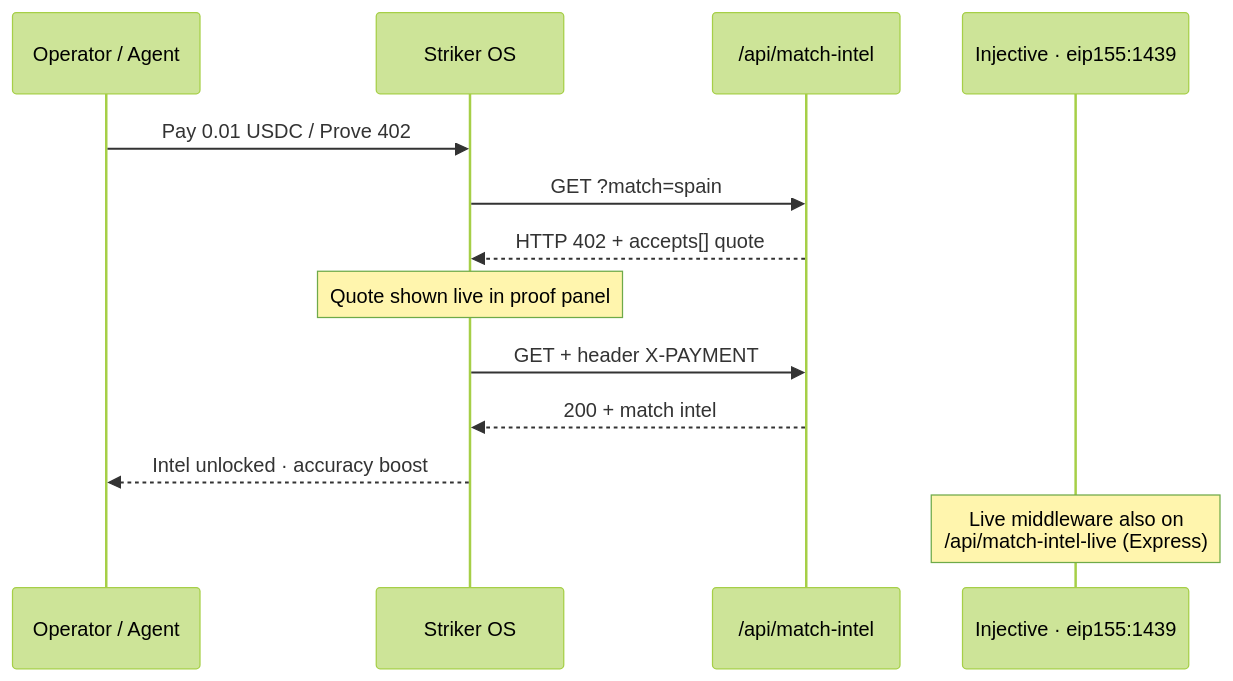
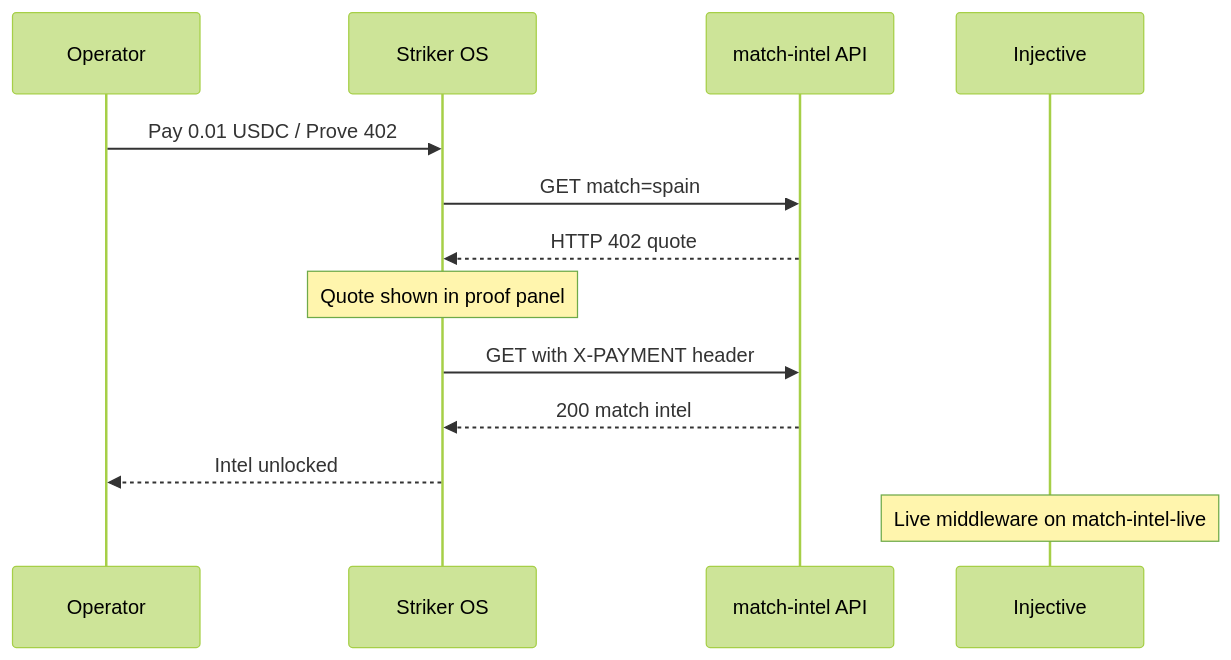
One commit to thesithunyein/striker-os changed the second of 2 diagrams in README.md. Above: the diagram before and after it, drawn with Mermaid (forest theme). The commit also changed other lines of this file and 1 other file, not shown here.

Commit message:
Fix README Mermaid for GitHub; remove decorative avatars/mascot/sprites from UI

````diff
--- a/README.md
+++ b/README.md
@@ -100,16 +100,16 @@
 ```mermaid
 sequenceDiagram
-  participant U as Operator / Agent
+  participant U as Operator
   participant UI as Striker OS
-  participant API as /api/match-intel
-  participant INJ as Injective · eip155:1439
+  participant API as match-intel API
+  participant INJ as Injective
 
   U->>UI: Pay 0.01 USDC / Prove 402
-  UI->>API: GET ?match=spain
-  API-->>UI: HTTP 402 + accepts[] quote
-  Note over UI: Quote shown live in proof panel
-  UI->>API: GET + header X-PAYMENT
-  API-->>UI: 200 + match intel
-  UI-->>U: Intel unlocked · accuracy boost
-  Note over INJ: Live middleware also on<br/>/api/match-intel-live (Express)
+  UI->>API: GET match=spain
+  API-->>UI: HTTP 402 quote
+  Note over UI: Quote shown in proof panel
+  UI->>API: GET with X-PAYMENT header
+  API-->>UI: 200 match intel
+  UI-->>U: Intel unlocked
+  Note over INJ: Live middleware on match-intel-live
 ```
````
